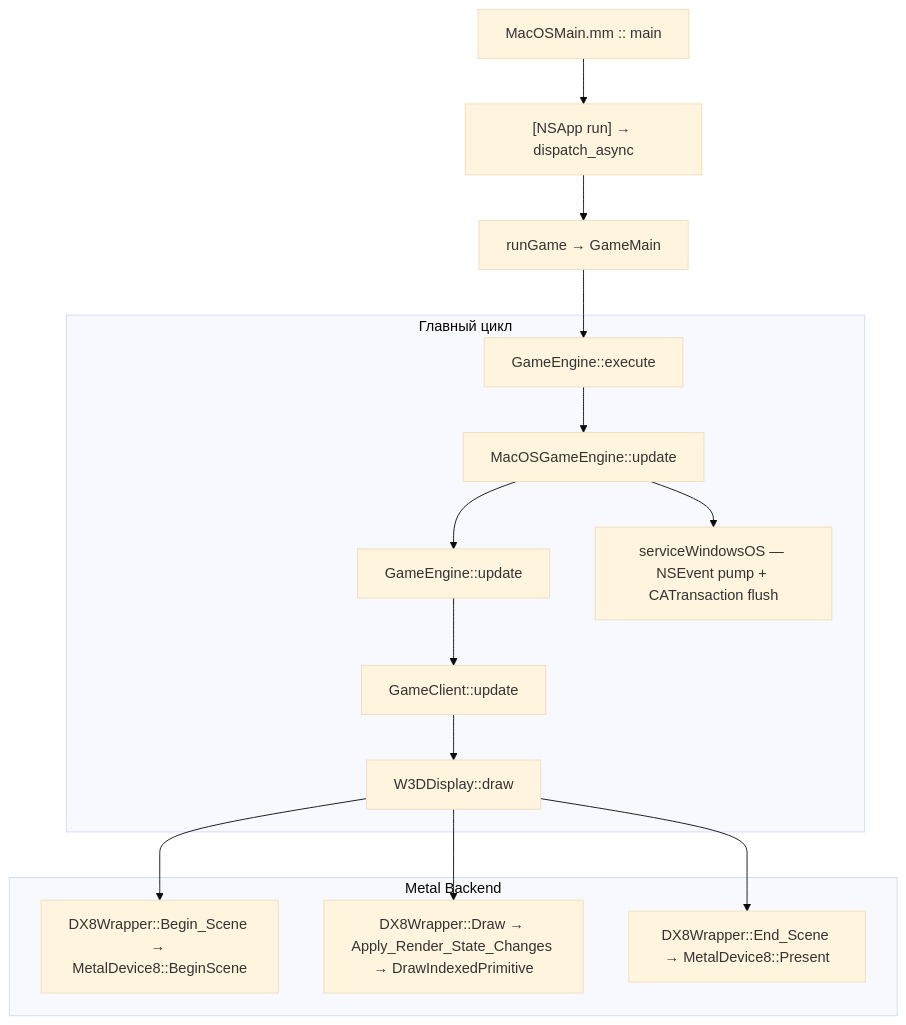
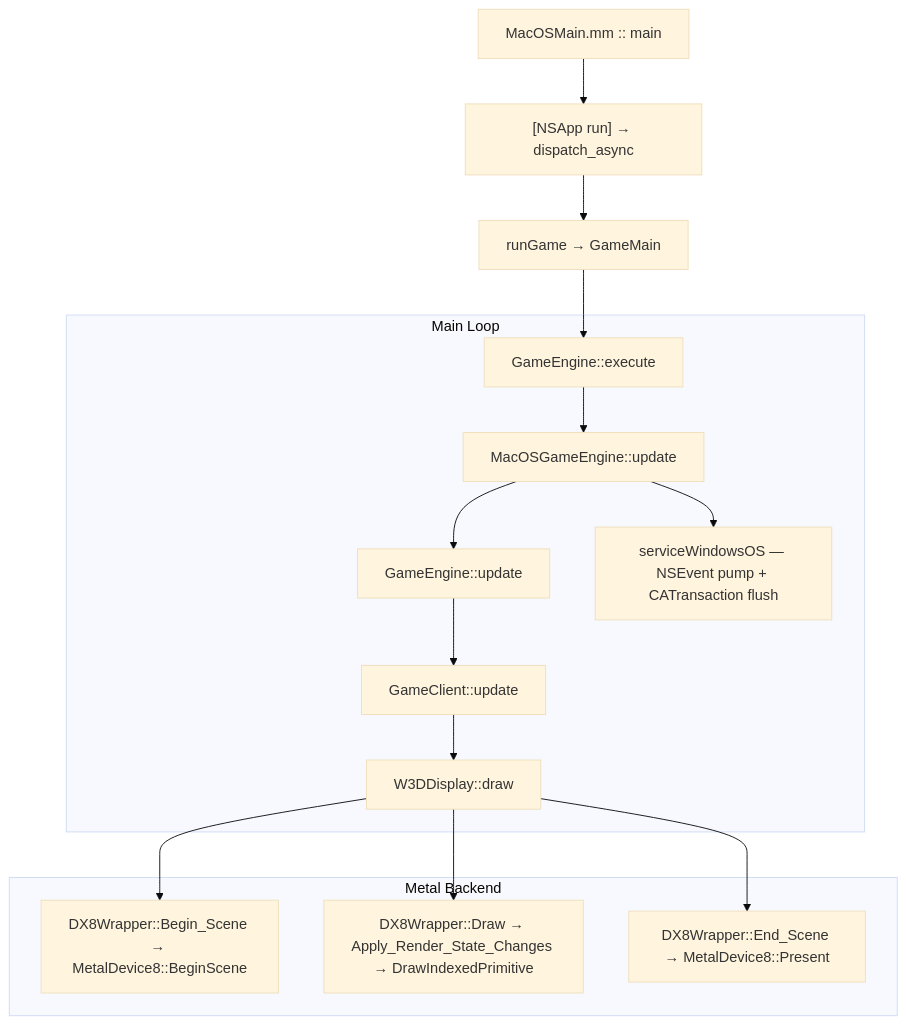
Before and after one commit to OKJID/GameClient: the diagram in Platform/MacOS/docs/RENDERING.md, drawn with Mermaid (base theme). The commit also changed other lines of this file and 9 other files, not shown here.

````diff
--- a/Platform/MacOS/docs/RENDERING.md
+++ b/Platform/MacOS/docs/RENDERING.md
@@ -14,20 +14,20 @@
 ```mermaid
 graph TD
-    A[MacOSMain.mm :: main] --> B["[NSApp run] → dispatch_async"]
-    B --> C[runGame → GameMain]
-    C --> D[GameEngine::execute]
-    
-    subgraph "Главный цикл"
-        D --> F[MacOSGameEngine::update]
-        F --> G1[GameEngine::update]
-        G1 --> G[GameClient::update]
-        G --> H[W3DDisplay::draw]
-        F --> E[serviceWindowsOS — NSEvent pump + CATransaction flush]
+    A["MacOSMain.mm :: main"] --> B["[NSApp run] → dispatch_async"]
+    B --> C["runGame → GameMain"]
+    C --> D["GameEngine::execute"]
+
+    subgraph "Main Loop"
+        D --> F["MacOSGameEngine::update"]
+        F --> G1["GameEngine::update"]
+        G1 --> G["GameClient::update"]
+        G --> H["W3DDisplay::draw"]
+        F --> E["serviceWindowsOS — NSEvent pump + CATransaction flush"]
     end
 
     subgraph "Metal Backend"
-        H --> M1[DX8Wrapper::Begin_Scene → MetalDevice8::BeginScene]
-        H --> M2[DX8Wrapper::Draw → Apply_Render_State_Changes → DrawIndexedPrimitive]
-        H --> M3[DX8Wrapper::End_Scene → MetalDevice8::Present]
+        H --> M1["DX8Wrapper::Begin_Scene → MetalDevice8::BeginScene"]
+        H --> M2["DX8Wrapper::Draw → Apply_Render_State_Changes → DrawIndexedPrimitive"]
+        H --> M3["DX8Wrapper::End_Scene → MetalDevice8::Present"]
     end
 ```
````
